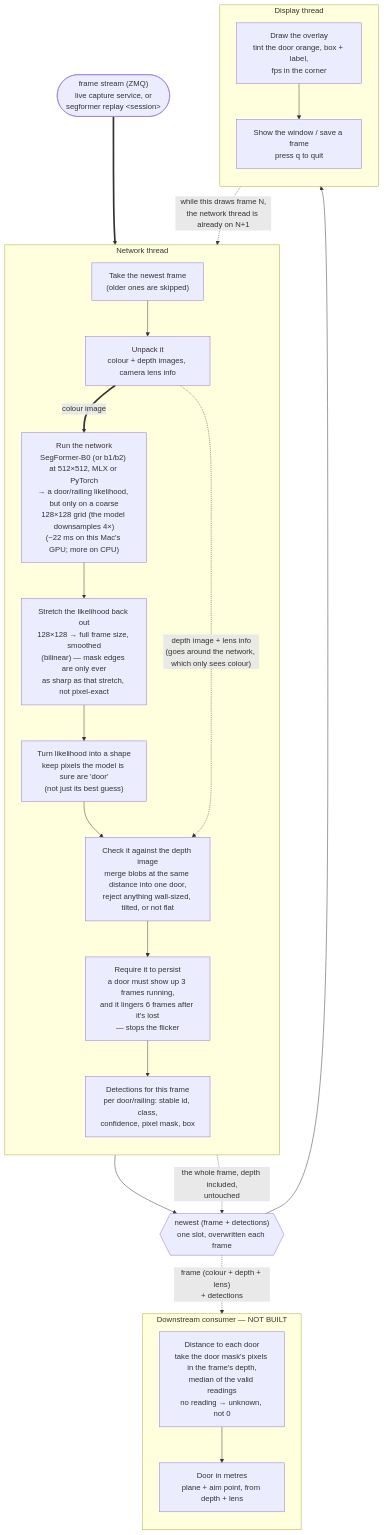
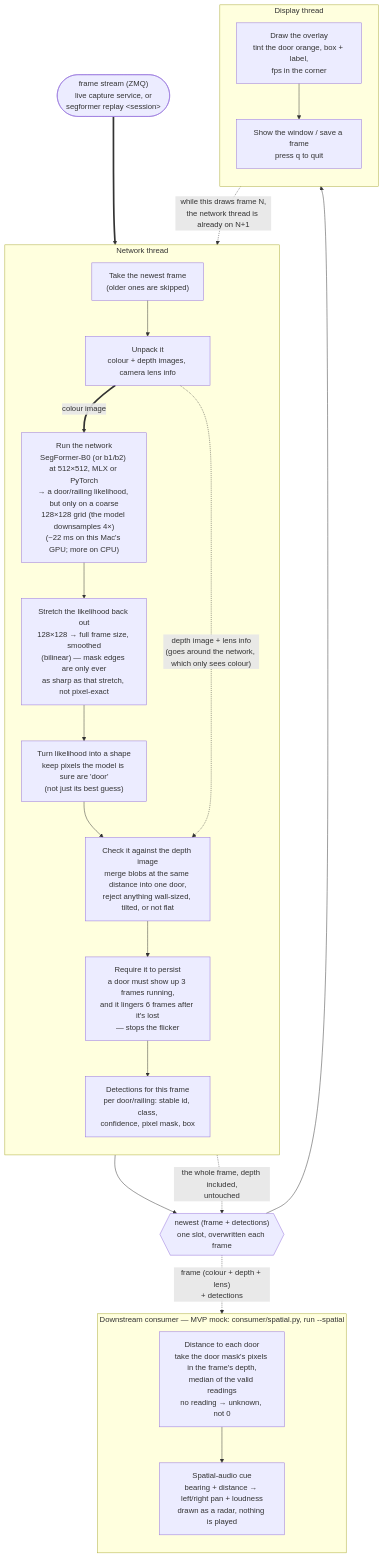
Before and after one commit to attepajula/Segformer-depth-object-detection: the diagram in docs/dataflow.md, drawn with Mermaid. The commit also changed other lines of this file and 8 other files, not shown here.

First line of the commit message:
consumer: MVP spatial-audio view behind run --spatial

````diff
--- a/docs/dataflow.md
+++ b/docs/dataflow.md
@@ -14,42 +14,42 @@
 ```mermaid
 flowchart TB
     IN(["frame stream (ZMQ)<br/>live capture service, or<br/>segformer replay &lt;session&gt;"])
 
     subgraph WORK["Network thread"]
         direction TB
         RECV["Take the newest frame<br/>(older ones are skipped)"]
         UNPACK["Unpack it<br/>colour + depth images, camera lens info"]
         NET["Run the network<br/>SegFormer-B0 (or b1/b2) at 512×512, MLX or PyTorch<br/>→ a door/railing likelihood, but only on a coarse<br/>128×128 grid (the model downsamples 4×)<br/>(~22 ms on this Mac's GPU; more on CPU)"]
         UPSAMPLE["Stretch the likelihood back out<br/>128×128 → full frame size, smoothed<br/>(bilinear) — mask edges are only ever<br/>as sharp as that stretch, not pixel-exact"]
         MASK["Turn likelihood into a shape<br/>keep pixels the model is sure are 'door'<br/>(not just its best guess)"]
         DEPTH["Check it against the depth image<br/>merge blobs at the same distance into one door,<br/>reject anything wall-sized, tilted, or not flat"]
         HOLD["Require it to persist<br/>a door must show up 3 frames running,<br/>and it lingers 6 frames after it's lost<br/>— stops the flicker"]
         RESULT["Detections for this frame<br/>per door/railing: stable id, class,<br/>confidence, pixel mask, box"]
         RECV --> UNPACK
         UNPACK ==>|"colour image"| NET
         NET --> UPSAMPLE --> MASK --> DEPTH --> HOLD --> RESULT
         UNPACK -.->|"depth image + lens info<br/>(goes around the network, which only sees colour)"| DEPTH
     end
 
     HANDOFF{{"newest (frame + detections)<br/>one slot, overwritten each frame"}}
 
     subgraph DRAW["Display thread"]
         direction TB
         OVER["Draw the overlay<br/>tint the door orange, box + label,<br/>fps in the corner"]
         SHOW["Show the window / save a frame<br/>press q to quit"]
         OVER --> SHOW
     end
 
-    subgraph NAV["Downstream consumer — NOT BUILT"]
+    subgraph NAV["Downstream consumer — MVP mock: consumer/spatial.py, run --spatial"]
         direction TB
         DIST["Distance to each door<br/>take the door mask's pixels in the frame's depth,<br/>median of the valid readings<br/>no reading → unknown, not 0"]
-        PLANE["Door in metres<br/>plane + aim point, from depth + lens"]
+        PLANE["Spatial-audio cue<br/>bearing + distance → left/right pan + loudness<br/>drawn as a radar, nothing is played"]
         DIST --> PLANE
     end
 
     IN ==> RECV
     RESULT --> HANDOFF --> OVER
     UNPACK -.->|"the whole frame, depth included,<br/>untouched"| HANDOFF
     HANDOFF -.->|"frame (colour + depth + lens)<br/>+ detections"| DIST
     SHOW -.->|"while this draws frame N,<br/>the network thread is already on N+1"| RECV
 ```
````
